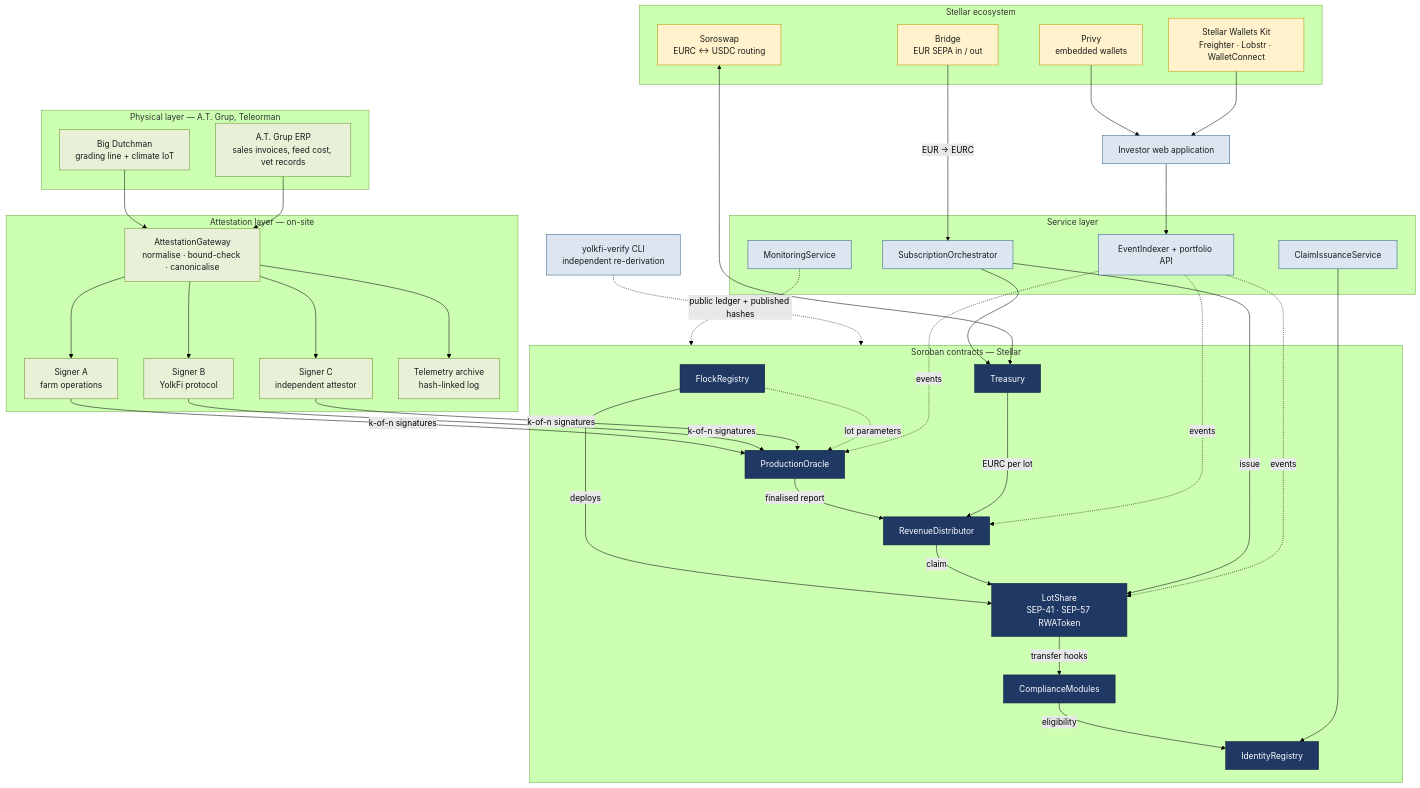
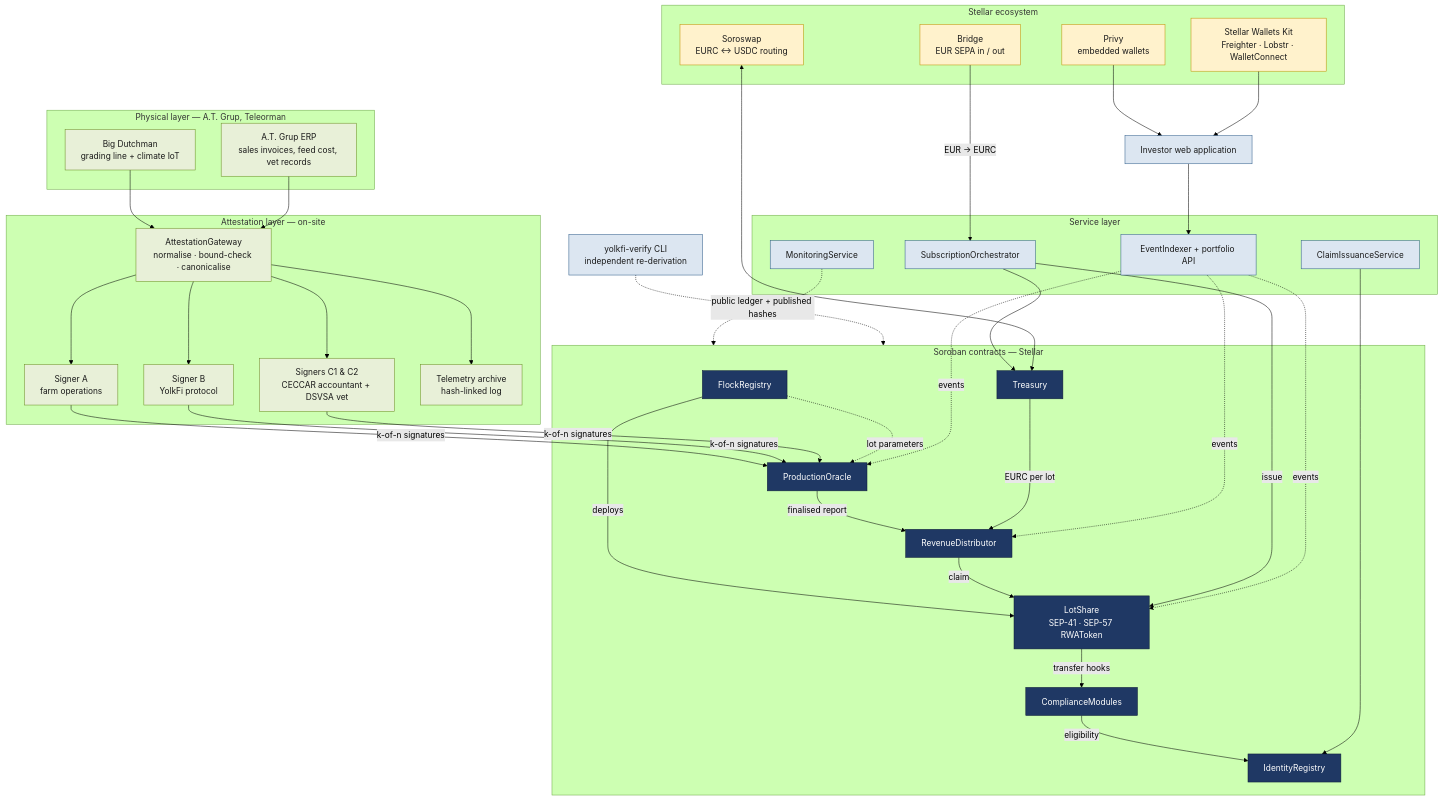
The first of 6 diagrams in ARCHITECTURE.md (YolkFi/yolkfi-protocol), drawn with Mermaid (forest theme) before and after one commit. The commit also changed other lines of this file and 2 other files, not shown here.

Commit message:
Document two-attestor quorum (CECCAR accountant + DSVSA vet) and Season 1 lot parameters

````diff
--- a/ARCHITECTURE.md
+++ b/ARCHITECTURE.md
@@ -55,74 +55,74 @@
 ```mermaid
 flowchart TB
     subgraph PHY["Physical layer — A.T. Grup, Teleorman"]
         BD["Big Dutchman<br/>grading line + climate IoT"]
         ERP["A.T. Grup ERP<br/>sales invoices, feed cost, vet records"]
     end
 
     subgraph GW["Attestation layer — on-site"]
         AG["AttestationGateway<br/>normalise · bound-check · canonicalise"]
         S1["Signer A<br/>farm operations"]
         S2["Signer B<br/>YolkFi protocol"]
-        S3["Signer C<br/>independent attestor"]
+        S3["Signers C1 & C2<br/>CECCAR accountant + DSVSA vet"]
         ARC["Telemetry archive<br/>hash-linked log"]
     end
 
     subgraph SOR["Soroban contracts — Stellar"]
         FR["FlockRegistry"]
         PO["ProductionOracle"]
         RD["RevenueDistributor"]
         TR["Treasury"]
         LS["LotShare<br/>SEP-41 · SEP-57 RWAToken"]
         IR["IdentityRegistry"]
         CM["ComplianceModules"]
     end
 
     subgraph SVC["Service layer"]
         SO["SubscriptionOrchestrator"]
         CIS["ClaimIssuanceService"]
         IDX["EventIndexer + portfolio API"]
         MON["MonitoringService"]
     end
 
     subgraph EXT["Stellar ecosystem"]
         BR["Bridge<br/>EUR SEPA in / out"]
         PRV["Privy<br/>embedded wallets"]
         SWK["Stellar Wallets Kit<br/>Freighter · Lobstr · WalletConnect"]
         SS["Soroswap<br/>EURC ↔ USDC routing"]
     end
 
     APP["Investor web application"]
     VER["yolkfi-verify CLI<br/>independent re-derivation"]
 
     BD --> AG
     ERP --> AG
     AG --> ARC
     AG --> S1 & S2 & S3
     S1 & S2 & S3 -->|k-of-n signatures| PO
     PO -->|finalised report| RD
     FR -.->|lot parameters| PO
     FR -->|deploys| LS
     LS -->|transfer hooks| CM
     CM -->|eligibility| IR
     CIS --> IR
     TR -->|EURC per lot| RD
     RD -->|claim| LS
     BR -->|EUR → EURC| SO
     SO -->|issue| LS
     SO --> TR
     SS <--> TR
     PRV & SWK --> APP
     APP --> IDX
     IDX -.->|events| LS & RD & PO
     MON -.-> SOR
     VER -.->|public ledger + published hashes| SOR
 
     classDef chain fill:#1f3864,stroke:#0d1b36,color:#fff
     classDef phys fill:#e8f0d8,stroke:#6b8e23,color:#1a1a1a
     classDef svc fill:#dce6f1,stroke:#2e5c8a,color:#1a1a1a
     classDef ext fill:#fff2cc,stroke:#bf9000,color:#1a1a1a
     class FR,PO,RD,TR,LS,IR,CM chain
     class BD,ERP,AG,S1,S2,S3,ARC phys
     class SO,CIS,IDX,MON,APP,VER svc
     class BR,PRV,SWK,SS ext
 ```
````
